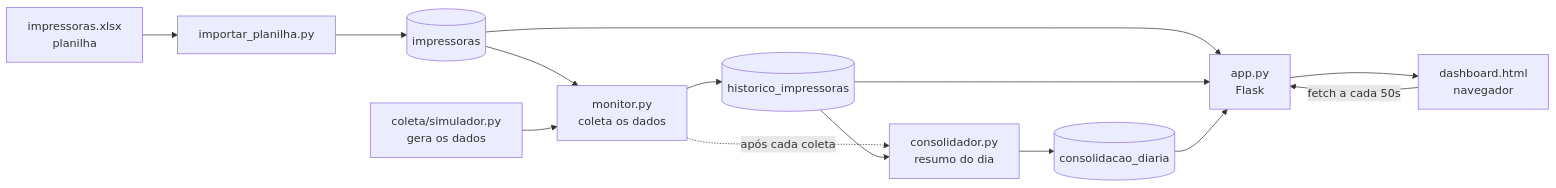
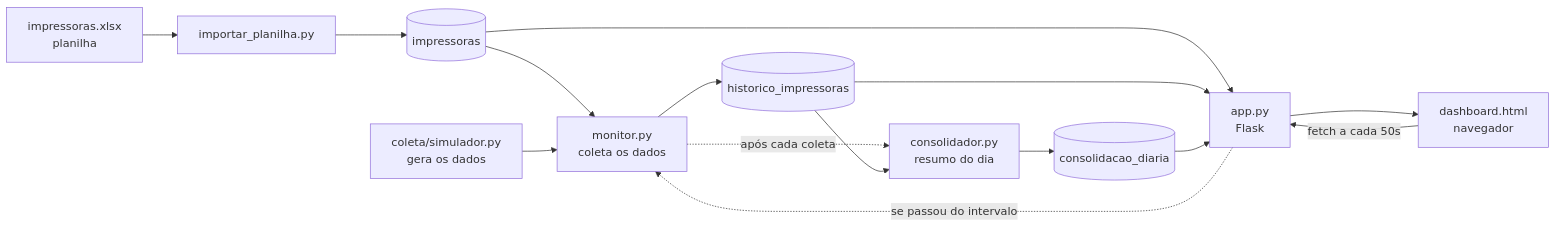
Before and after one commit to junior48548332-dotcom/Projeto-Impressoras: the diagram in README.md, drawn with Mermaid. The commit also changed other lines of this file and 6 other files, not shown here.

````diff
--- a/README.md
+++ b/README.md
@@ -26,16 +28,17 @@
 ```mermaid
 flowchart LR
     X[impressoras.xlsx<br/>planilha] --> I[importar_planilha.py]
     I --> T[(impressoras)]
     T --> M[monitor.py<br/>coleta os dados]
     S[coleta/simulador.py<br/>gera os dados] --> M
     M --> H[(historico_impressoras)]
     M -.->|após cada coleta| C
     H --> C[consolidador.py<br/>resumo do dia]
     C --> D[(consolidacao_diaria)]
     T --> A[app.py<br/>Flask]
     H --> A
     D --> A
     A --> W[dashboard.html<br/>navegador]
     W -->|fetch a cada 50s| A
+    A -.->|se passou do intervalo| M
 ```
````
